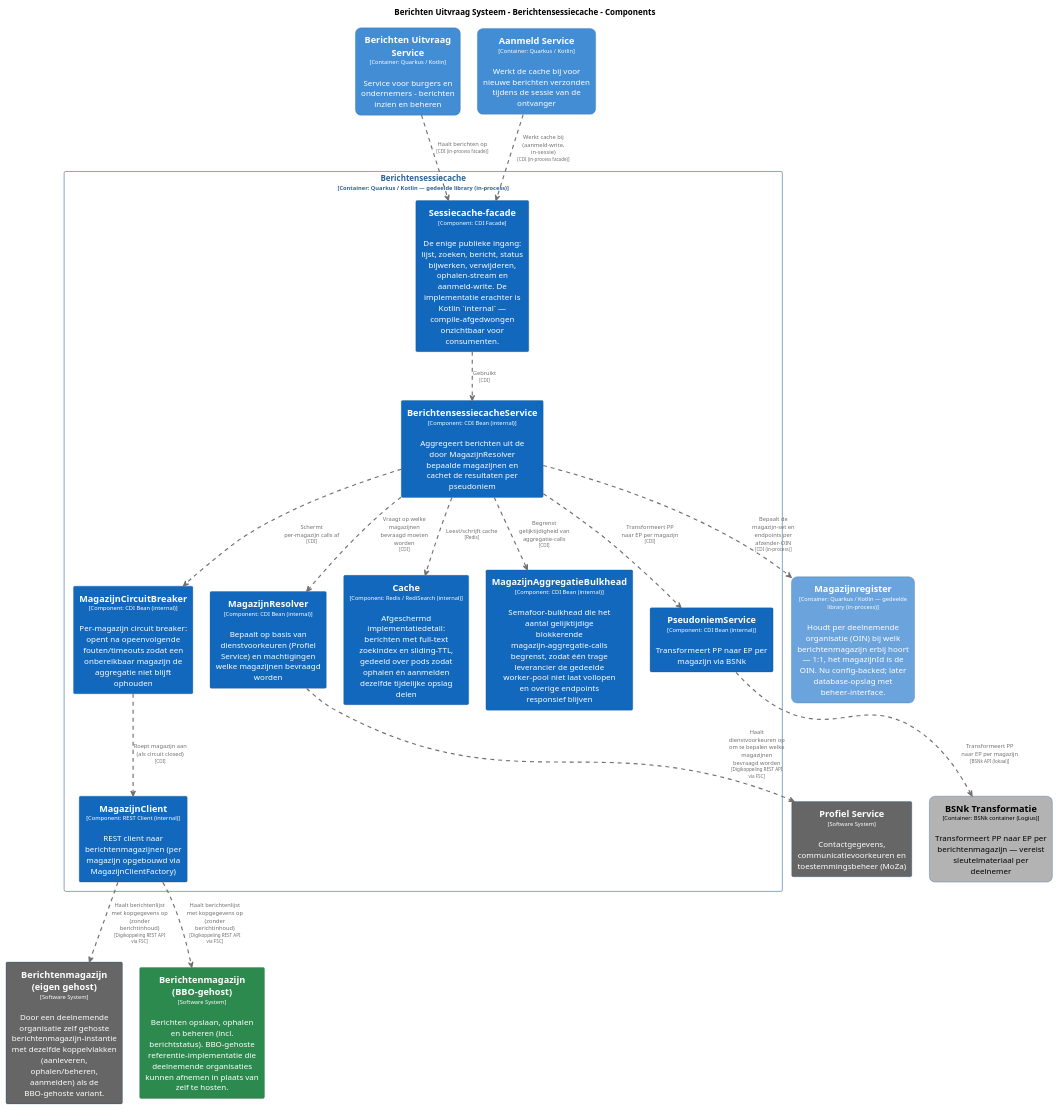
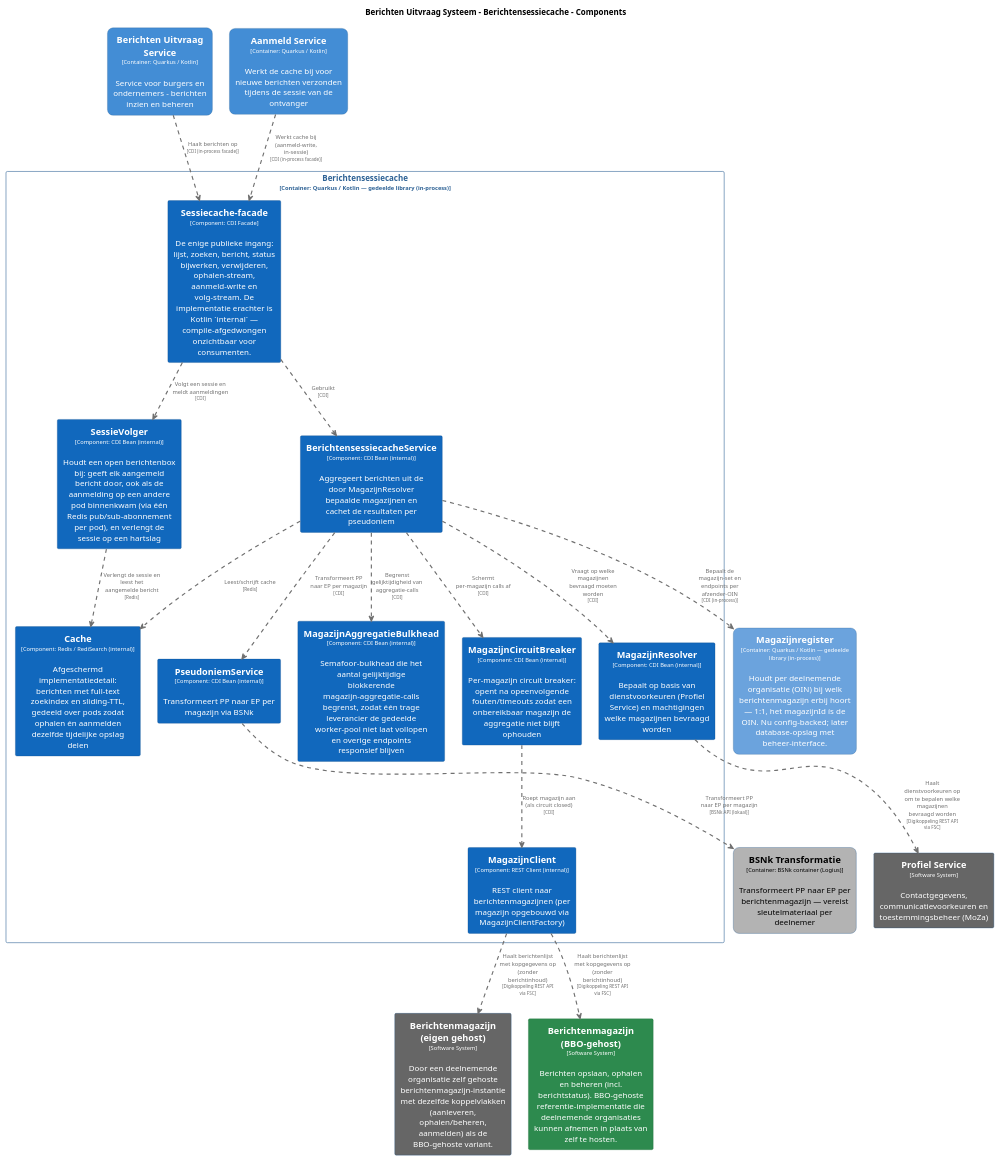
One commit to MinBZK/moza-poc-fbs-berichtenbox changed the diagram in master/puml/BerichtensessiecacheComponenten.puml. Above: the diagram before and after it, drawn with PlantUML. The commit also changed 17 other files, not shown here.

```diff
--- a/master/puml/BerichtensessiecacheComponenten.puml
+++ b/master/puml/BerichtensessiecacheComponenten.puml
@@ -1,151 +1,160 @@
 @startuml
 set separator none
 title Berichten Uitvraag Systeem - Berichtensessiecache - Components
 
 top to bottom direction
 skinparam ranksep 60
 skinparam nodesep 30
 
 skinparam {
   arrowFontSize 10
   defaultTextAlignment center
   wrapWidth 200
   maxMessageSize 100
 }
 
 hide stereotype
 
 skinparam rectangle<<BerichtenUitvraagSysteem.AanmeldService>> {
   BackgroundColor #438dd5
   FontColor #ffffff
   BorderColor #2e6295
   roundCorner 20
   shadowing false
 }
 skinparam rectangle<<BerichtenUitvraagSysteem.BSNkTransformatie>> {
   BackgroundColor #b3b3b3
   FontColor #000000
   BorderColor #0b4884
   roundCorner 20
   shadowing false
 }
 skinparam rectangle<<BerichtenUitvraagSysteem.BerichtenUitvraagService>> {
   BackgroundColor #438dd5
   FontColor #ffffff
   BorderColor #2e6295
   roundCorner 20
   shadowing false
 }
 skinparam rectangle<<BerichtenmagazijnBBOgehost>> {
   BackgroundColor #2d8a4e
   FontColor #ffffff
   BorderColor #1e6b38
   shadowing false
 }
 skinparam rectangle<<Berichtenmagazijneigengehost>> {
   BackgroundColor #666666
   FontColor #ffffff
   BorderColor #0b4884
   shadowing false
 }
 skinparam rectangle<<BerichtenUitvraagSysteem.Berichtensessiecache.BerichtensessiecacheService>> {
   BackgroundColor #1168bd
   FontColor #ffffff
   BorderColor #0b4884
   shadowing false
 }
 skinparam rectangle<<BerichtenUitvraagSysteem.Berichtensessiecache.Cache>> {
   BackgroundColor #1168bd
   FontColor #ffffff
   BorderColor #0b4884
   shadowing false
 }
 skinparam rectangle<<BerichtenUitvraagSysteem.Berichtensessiecache.MagazijnAggregatieBulkhead>> {
   BackgroundColor #1168bd
   FontColor #ffffff
   BorderColor #0b4884
   shadowing false
 }
 skinparam rectangle<<BerichtenUitvraagSysteem.Berichtensessiecache.MagazijnCircuitBreaker>> {
   BackgroundColor #1168bd
   FontColor #ffffff
   BorderColor #0b4884
   shadowing false
 }
 skinparam rectangle<<BerichtenUitvraagSysteem.Berichtensessiecache.MagazijnClient>> {
   BackgroundColor #1168bd
   FontColor #ffffff
   BorderColor #0b4884
   shadowing false
 }
 skinparam rectangle<<BerichtenUitvraagSysteem.Berichtensessiecache.MagazijnResolver>> {
   BackgroundColor #1168bd
   FontColor #ffffff
   BorderColor #0b4884
   shadowing false
 }
 skinparam rectangle<<BerichtenUitvraagSysteem.Magazijnregister>> {
   BackgroundColor #6ba3dd
   FontColor #ffffff
   BorderColor #2e6295
   roundCorner 20
   shadowing false
 }
 skinparam rectangle<<ProfielService>> {
   BackgroundColor #666666
   FontColor #ffffff
   BorderColor #0b4884
   shadowing false
 }
 skinparam rectangle<<BerichtenUitvraagSysteem.Berichtensessiecache.PseudoniemService>> {
   BackgroundColor #1168bd
   FontColor #ffffff
   BorderColor #0b4884
   shadowing false
 }
+skinparam rectangle<<BerichtenUitvraagSysteem.Berichtensessiecache.SessieVolger>> {
+  BackgroundColor #1168bd
+  FontColor #ffffff
+  BorderColor #0b4884
+  shadowing false
+}
 skinparam rectangle<<BerichtenUitvraagSysteem.Berichtensessiecache.Sessiecachefacade>> {
   BackgroundColor #1168bd
   FontColor #ffffff
   BorderColor #0b4884
   shadowing false
 }
 skinparam rectangle<<BerichtenUitvraagSysteem.Berichtensessiecache>> {
   BorderColor #2e6295
   FontColor #2e6295
   shadowing false
 }
 
 rectangle "==Profiel Service\n<size:10>[Software System]</size>\n\nContactgegevens, communicatievoorkeuren en toestemmingsbeheer (MoZa)" <<ProfielService>> as ProfielService
 rectangle "==Berichtenmagazijn (eigen gehost)\n<size:10>[Software System]</size>\n\nDoor een deelnemende organisatie zelf gehoste berichtenmagazijn-instantie met dezelfde koppelvlakken (aanleveren, ophalen/beheren, aanmelden) als de BBO-gehoste variant." <<Berichtenmagazijneigengehost>> as Berichtenmagazijneigengehost
 rectangle "==Berichtenmagazijn (BBO-gehost)\n<size:10>[Software System]</size>\n\nBerichten opslaan, ophalen en beheren (incl. berichtstatus). BBO-gehoste referentie-implementatie die deelnemende organisaties kunnen afnemen in plaats van zelf te hosten." <<BerichtenmagazijnBBOgehost>> as BerichtenmagazijnBBOgehost
 rectangle "==Berichten Uitvraag Service\n<size:10>[Container: Quarkus / Kotlin]</size>\n\nService voor burgers en ondernemers - berichten inzien en beheren" <<BerichtenUitvraagSysteem.BerichtenUitvraagService>> as BerichtenUitvraagSysteem.BerichtenUitvraagService
 rectangle "==BSNk Transformatie\n<size:10>[Container: BSNk container (Logius)]</size>\n\nTransformeert PP naar EP per berichtenmagazijn — vereist sleutelmateriaal per deelnemer" <<BerichtenUitvraagSysteem.BSNkTransformatie>> as BerichtenUitvraagSysteem.BSNkTransformatie
 rectangle "==Aanmeld Service\n<size:10>[Container: Quarkus / Kotlin]</size>\n\nWerkt de cache bij voor nieuwe berichten verzonden tijdens de sessie van de ontvanger" <<BerichtenUitvraagSysteem.AanmeldService>> as BerichtenUitvraagSysteem.AanmeldService
 rectangle "==Magazijnregister\n<size:10>[Container: Quarkus / Kotlin — gedeelde library (in-process)]</size>\n\nHoudt per deelnemende organisatie (OIN) bij welk berichtenmagazijn erbij hoort — 1:1, het magazijnId ís de OIN. Nu config-backed; later database-opslag met beheer-interface." <<BerichtenUitvraagSysteem.Magazijnregister>> as BerichtenUitvraagSysteem.Magazijnregister
 
 rectangle "Berichtensessiecache\n<size:10>[Container: Quarkus / Kotlin — gedeelde library (in-process)]</size>" <<BerichtenUitvraagSysteem.Berichtensessiecache>> {
-  rectangle "==Sessiecache-facade\n<size:10>[Component: CDI Facade]</size>\n\nDe enige publieke ingang: lijst, zoeken, bericht, status bijwerken, verwijderen, ophalen-stream en aanmeld-write. De implementatie erachter is Kotlin `internal` — compile-afgedwongen onzichtbaar voor consumenten." <<BerichtenUitvraagSysteem.Berichtensessiecache.Sessiecachefacade>> as BerichtenUitvraagSysteem.Berichtensessiecache.Sessiecachefacade
+  rectangle "==Sessiecache-facade\n<size:10>[Component: CDI Facade]</size>\n\nDe enige publieke ingang: lijst, zoeken, bericht, status bijwerken, verwijderen, ophalen-stream, aanmeld-write en volg-stream. De implementatie erachter is Kotlin `internal` — compile-afgedwongen onzichtbaar voor consumenten." <<BerichtenUitvraagSysteem.Berichtensessiecache.Sessiecachefacade>> as BerichtenUitvraagSysteem.Berichtensessiecache.Sessiecachefacade
   rectangle "==MagazijnResolver\n<size:10>[Component: CDI Bean (internal)]</size>\n\nBepaalt op basis van dienstvoorkeuren (Profiel Service) en machtigingen welke magazijnen bevraagd worden" <<BerichtenUitvraagSysteem.Berichtensessiecache.MagazijnResolver>> as BerichtenUitvraagSysteem.Berichtensessiecache.MagazijnResolver
   rectangle "==PseudoniemService\n<size:10>[Component: CDI Bean (internal)]</size>\n\nTransformeert PP naar EP per magazijn via BSNk" <<BerichtenUitvraagSysteem.Berichtensessiecache.PseudoniemService>> as BerichtenUitvraagSysteem.Berichtensessiecache.PseudoniemService
   rectangle "==BerichtensessiecacheService\n<size:10>[Component: CDI Bean (internal)]</size>\n\nAggregeert berichten uit de door MagazijnResolver bepaalde magazijnen en cachet de resultaten per pseudoniem" <<BerichtenUitvraagSysteem.Berichtensessiecache.BerichtensessiecacheService>> as BerichtenUitvraagSysteem.Berichtensessiecache.BerichtensessiecacheService
   rectangle "==Cache\n<size:10>[Component: Redis / RediSearch (internal)]</size>\n\nAfgeschermd implementatiedetail: berichten met full-text zoekindex en sliding-TTL, gedeeld over pods zodat ophalen én aanmelden dezelfde tijdelijke opslag delen" <<BerichtenUitvraagSysteem.Berichtensessiecache.Cache>> as BerichtenUitvraagSysteem.Berichtensessiecache.Cache
   rectangle "==MagazijnAggregatieBulkhead\n<size:10>[Component: CDI Bean (internal)]</size>\n\nSemafoor-bulkhead die het aantal gelijktijdige blokkerende magazijn-aggregatie-calls begrenst, zodat één trage leverancier de gedeelde worker-pool niet laat vollopen en overige endpoints responsief blijven" <<BerichtenUitvraagSysteem.Berichtensessiecache.MagazijnAggregatieBulkhead>> as BerichtenUitvraagSysteem.Berichtensessiecache.MagazijnAggregatieBulkhead
   rectangle "==MagazijnCircuitBreaker\n<size:10>[Component: CDI Bean (internal)]</size>\n\nPer-magazijn circuit breaker: opent na opeenvolgende fouten/timeouts zodat een onbereikbaar magazijn de aggregatie niet blijft ophouden" <<BerichtenUitvraagSysteem.Berichtensessiecache.MagazijnCircuitBreaker>> as BerichtenUitvraagSysteem.Berichtensessiecache.MagazijnCircuitBreaker
   rectangle "==MagazijnClient\n<size:10>[Component: REST Client (internal)]</size>\n\nREST client naar berichtenmagazijnen (per magazijn opgebouwd via MagazijnClientFactory)" <<BerichtenUitvraagSysteem.Berichtensessiecache.MagazijnClient>> as BerichtenUitvraagSysteem.Berichtensessiecache.MagazijnClient
+  rectangle "==SessieVolger\n<size:10>[Component: CDI Bean (internal)]</size>\n\nHoudt een open berichtenbox bij: geeft elk aangemeld bericht door, ook als de aanmelding op een andere pod binnenkwam (via één Redis pub/sub-abonnement per pod), en verlengt de sessie op een hartslag" <<BerichtenUitvraagSysteem.Berichtensessiecache.SessieVolger>> as BerichtenUitvraagSysteem.Berichtensessiecache.SessieVolger
 }
 
 BerichtenUitvraagSysteem.Berichtensessiecache.MagazijnClient .[#707070,thickness=2].> Berichtenmagazijneigengehost : "<color:#707070>Haalt berichtenlijst met kopgegevens op (zonder berichtinhoud)\n<color:#707070><size:8>[Digikoppeling REST API via FSC]</size>"
 BerichtenUitvraagSysteem.Berichtensessiecache.MagazijnResolver .[#707070,thickness=2].> ProfielService : "<color:#707070>Haalt dienstvoorkeuren op om te bepalen welke magazijnen bevraagd worden\n<color:#707070><size:8>[Digikoppeling REST API via FSC]</size>"
 BerichtenUitvraagSysteem.Berichtensessiecache.MagazijnClient .[#707070,thickness=2].> BerichtenmagazijnBBOgehost : "<color:#707070>Haalt berichtenlijst met kopgegevens op (zonder berichtinhoud)\n<color:#707070><size:8>[Digikoppeling REST API via FSC]</size>"
 BerichtenUitvraagSysteem.Berichtensessiecache.Sessiecachefacade .[#707070,thickness=2].> BerichtenUitvraagSysteem.Berichtensessiecache.BerichtensessiecacheService : "<color:#707070>Gebruikt\n<color:#707070><size:8>[CDI]</size>"
+BerichtenUitvraagSysteem.Berichtensessiecache.Sessiecachefacade .[#707070,thickness=2].> BerichtenUitvraagSysteem.Berichtensessiecache.SessieVolger : "<color:#707070>Volgt een sessie en meldt aanmeldingen\n<color:#707070><size:8>[CDI]</size>"
+BerichtenUitvraagSysteem.Berichtensessiecache.SessieVolger .[#707070,thickness=2].> BerichtenUitvraagSysteem.Berichtensessiecache.Cache : "<color:#707070>Verlengt de sessie en leest het aangemelde bericht\n<color:#707070><size:8>[Redis]</size>"
 BerichtenUitvraagSysteem.Berichtensessiecache.BerichtensessiecacheService .[#707070,thickness=2].> BerichtenUitvraagSysteem.Berichtensessiecache.MagazijnResolver : "<color:#707070>Vraagt op welke magazijnen bevraagd moeten worden\n<color:#707070><size:8>[CDI]</size>"
 BerichtenUitvraagSysteem.Berichtensessiecache.BerichtensessiecacheService .[#707070,thickness=2].> BerichtenUitvraagSysteem.Berichtensessiecache.PseudoniemService : "<color:#707070>Transformeert PP naar EP per magazijn\n<color:#707070><size:8>[CDI]</size>"
 BerichtenUitvraagSysteem.Berichtensessiecache.BerichtensessiecacheService .[#707070,thickness=2].> BerichtenUitvraagSysteem.Berichtensessiecache.Cache : "<color:#707070>Leest/schrijft cache\n<color:#707070><size:8>[Redis]</size>"
 BerichtenUitvraagSysteem.Berichtensessiecache.BerichtensessiecacheService .[#707070,thickness=2].> BerichtenUitvraagSysteem.Berichtensessiecache.MagazijnAggregatieBulkhead : "<color:#707070>Begrenst gelijktijdigheid van aggregatie-calls\n<color:#707070><size:8>[CDI]</size>"
 BerichtenUitvraagSysteem.Berichtensessiecache.BerichtensessiecacheService .[#707070,thickness=2].> BerichtenUitvraagSysteem.Berichtensessiecache.MagazijnCircuitBreaker : "<color:#707070>Schermt per-magazijn calls af\n<color:#707070><size:8>[CDI]</size>"
 BerichtenUitvraagSysteem.Berichtensessiecache.MagazijnCircuitBreaker .[#707070,thickness=2].> BerichtenUitvraagSysteem.Berichtensessiecache.MagazijnClient : "<color:#707070>Roept magazijn aan (als circuit closed)\n<color:#707070><size:8>[CDI]</size>"
 BerichtenUitvraagSysteem.Berichtensessiecache.PseudoniemService .[#707070,thickness=2].> BerichtenUitvraagSysteem.BSNkTransformatie : "<color:#707070>Transformeert PP naar EP per magazijn\n<color:#707070><size:8>[BSNk API (lokaal)]</size>"
 BerichtenUitvraagSysteem.AanmeldService .[#707070,thickness=2].> BerichtenUitvraagSysteem.Berichtensessiecache.Sessiecachefacade : "<color:#707070>Werkt cache bij (aanmeld-write, in-sessie)\n<color:#707070><size:8>[CDI (in-process facade)]</size>"
 BerichtenUitvraagSysteem.BerichtenUitvraagService .[#707070,thickness=2].> BerichtenUitvraagSysteem.Berichtensessiecache.Sessiecachefacade : "<color:#707070>Haalt berichten op\n<color:#707070><size:8>[CDI (in-process facade)]</size>"
 BerichtenUitvraagSysteem.Berichtensessiecache.BerichtensessiecacheService .[#707070,thickness=2].> BerichtenUitvraagSysteem.Magazijnregister : "<color:#707070>Bepaalt de magazijn-set en endpoints per afzender-OIN\n<color:#707070><size:8>[CDI (in-process)]</size>"
 @enduml
```
